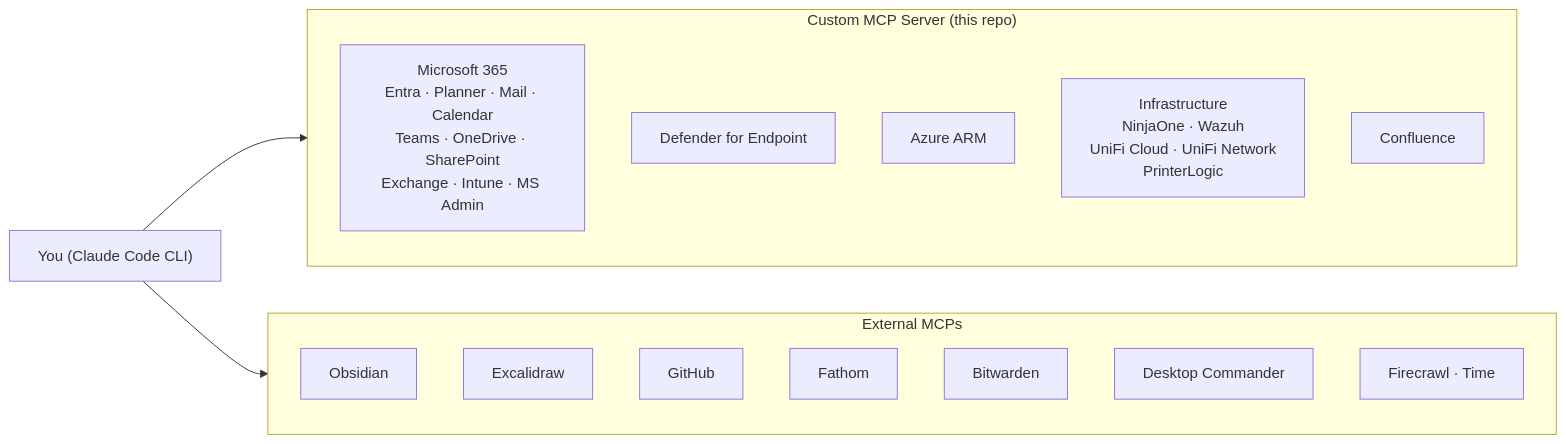
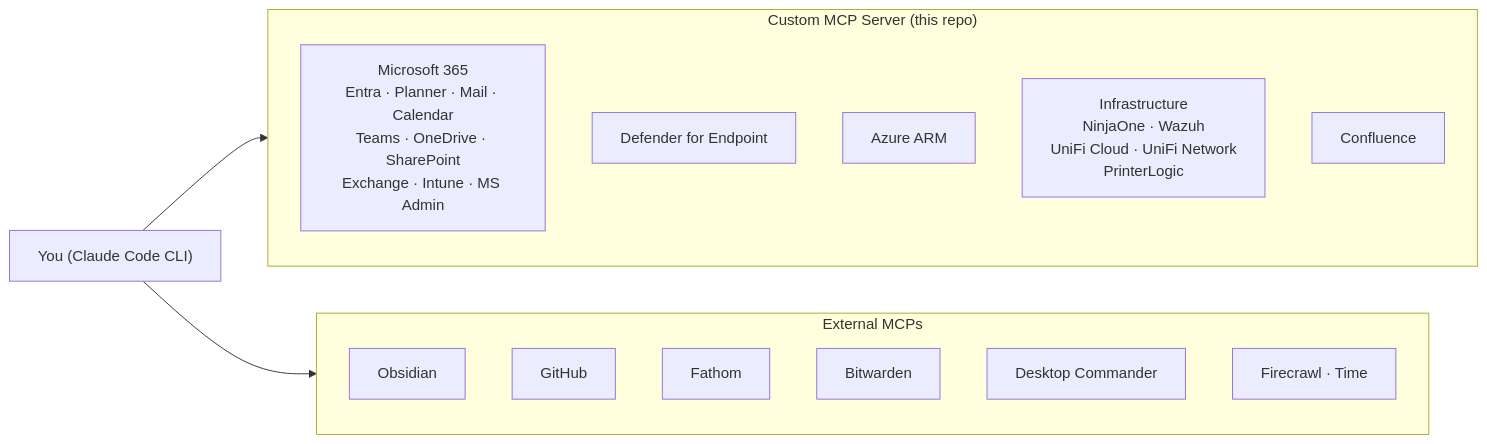
Before and after one commit to aarvens1/SVH-OpsMan: the first of 2 diagrams in README.md, drawn with Mermaid. The commit also changed other lines of this file and 5 other files, not shown here.

````diff
--- a/README.md
+++ b/README.md
@@ -19,26 +19,25 @@
 ```mermaid
 graph LR
     You["You (Claude Code CLI)"]
 
     subgraph Custom["Custom MCP Server (this repo)"]
         direction TB
         MS["Microsoft 365\nEntra · Planner · Mail · Calendar\nTeams · OneDrive · SharePoint\nExchange · Intune · MS Admin"]
         MDE["Defender for Endpoint"]
         AZ["Azure ARM"]
         INFRA["Infrastructure\nNinjaOne · Wazuh\nUniFi Cloud · UniFi Network\nPrinterLogic"]
         CONF["Confluence"]
     end
 
     subgraph External["External MCPs"]
         OBS["Obsidian"]
-        EXCAL["Excalidraw"]
         GH["GitHub"]
         FATHOM["Fathom"]
         BW["Bitwarden"]
         DC["Desktop Commander"]
         OTHER["Firecrawl · Time"]
     end
 
     You --> Custom
     You --> External
 ```
````
